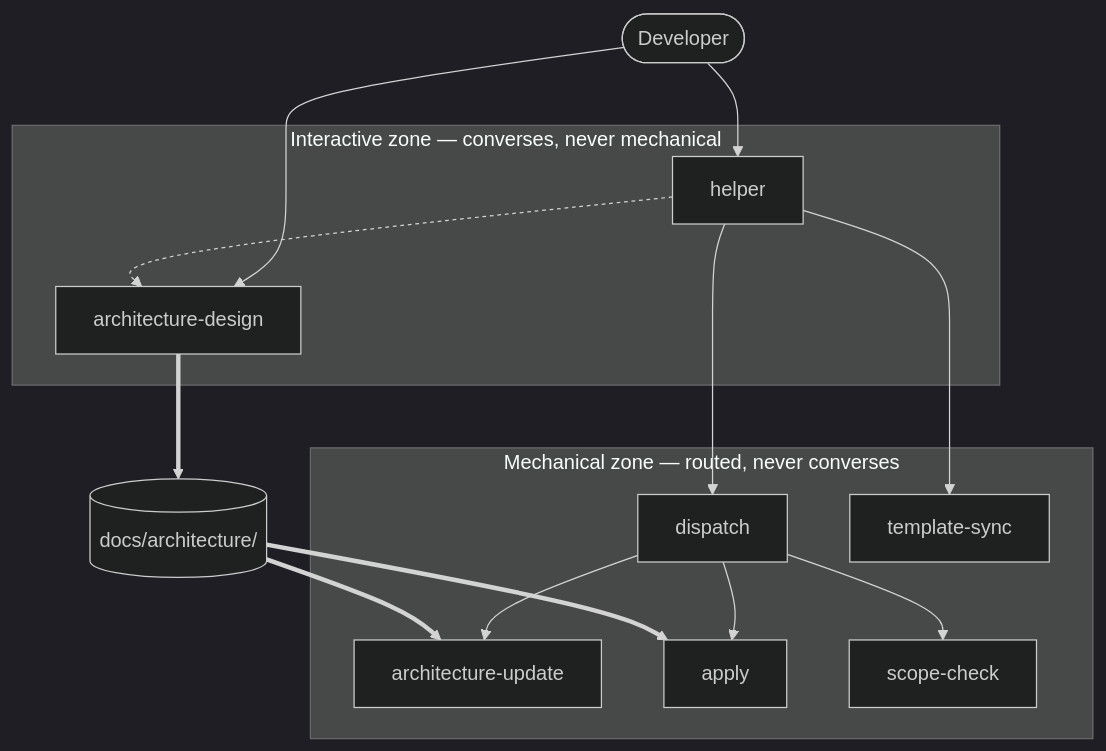
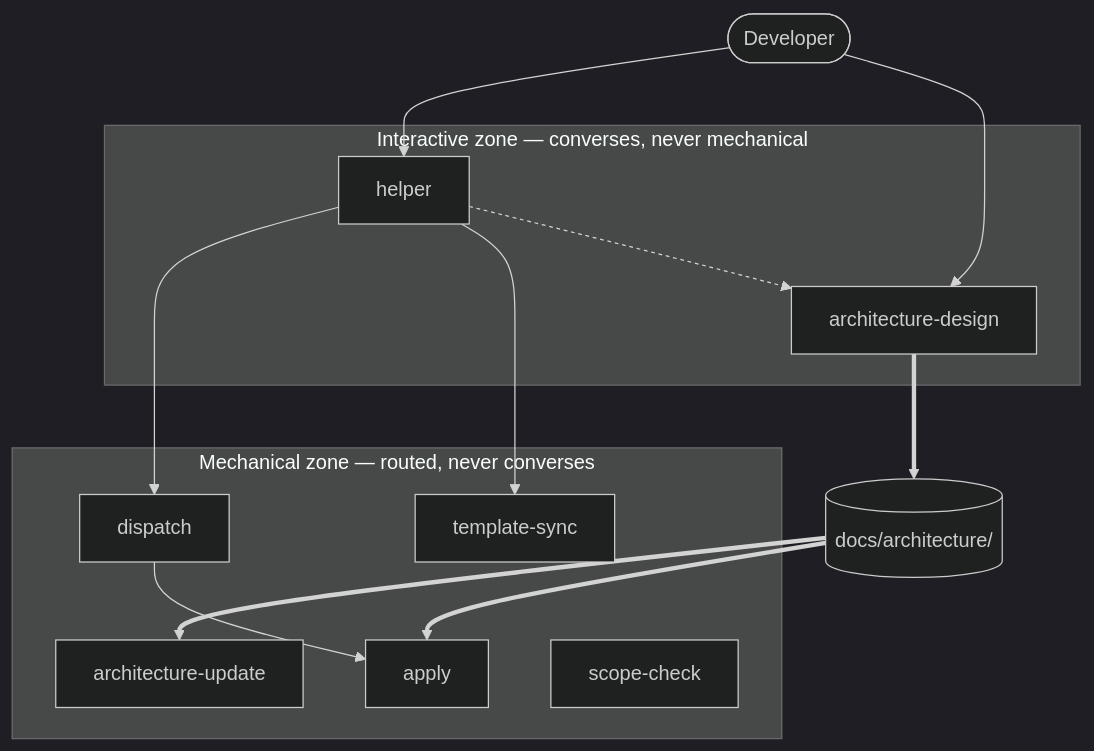
Before and after one commit to demaconsulting/Anneal: the diagram in docs/architecture/process.md, drawn with Mermaid (dark theme). The commit also changed other lines of this file and 5 other files, not shown here.

````diff
--- a/docs/architecture/process.md
+++ b/docs/architecture/process.md
@@ -100,34 +100,32 @@
 ```mermaid
 flowchart TD
     User(["Developer"])
 
     subgraph Interactive["Interactive zone — converses, never mechanical"]
         Helper[helper]
         ArchDesign[architecture-design]
     end
 
     subgraph Mechanical["Mechanical zone — routed, never converses"]
         Dispatch[dispatch]
         ArchUpdate[architecture-update]
         Apply[apply]
         ScopeCheck[scope-check]
         TemplateSync[template-sync]
     end
 
     Tree[("docs/architecture/")]
 
     User --> Helper
     User --> ArchDesign
     Helper --> Dispatch
     Helper --> TemplateSync
-    Dispatch --> ArchUpdate
     Dispatch --> Apply
-    Dispatch --> ScopeCheck
 
     Helper -.-> ArchDesign
     ArchDesign ==> Tree
     Tree ==> ArchUpdate
     Tree ==> Apply
 
-    linkStyle 7 stroke-dasharray: 3 3
+    linkStyle 5 stroke-dasharray: 3 3
 ```
````
